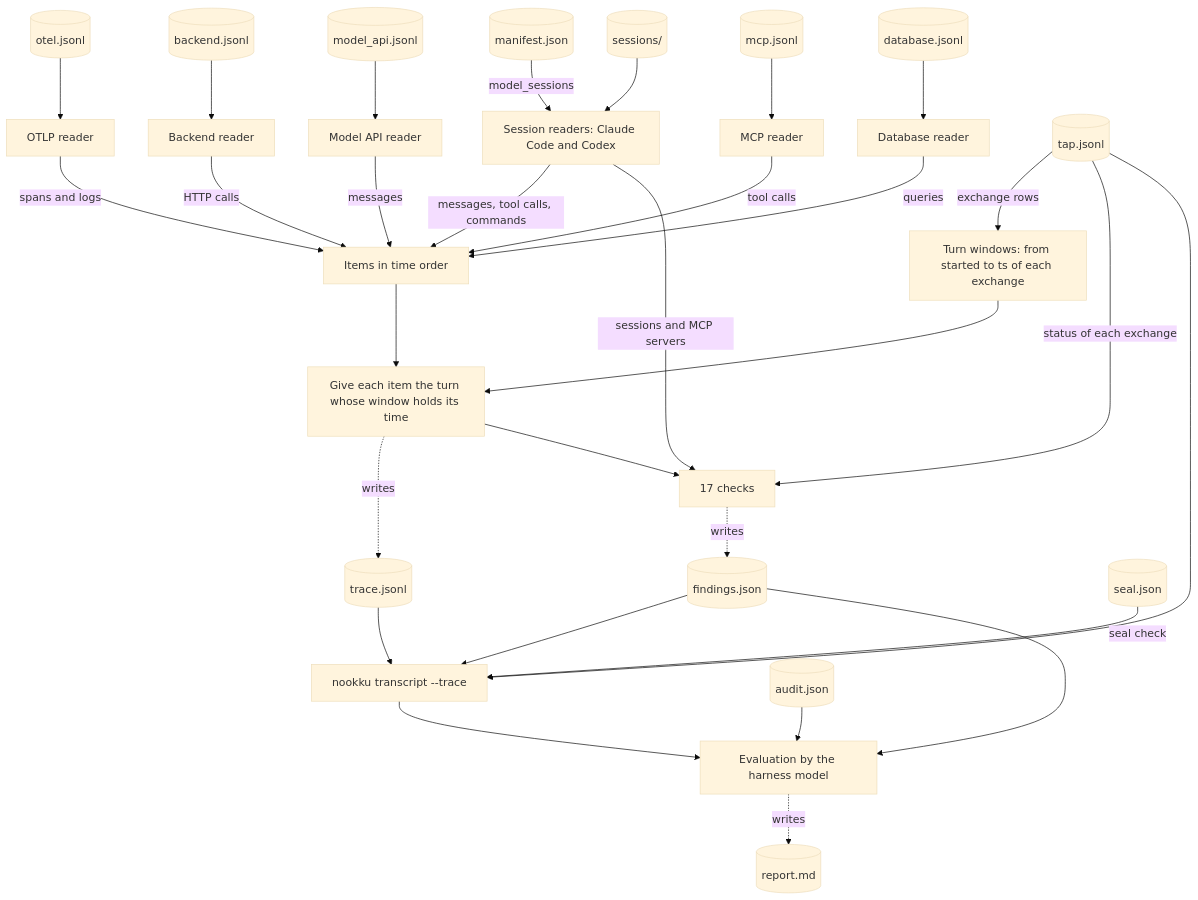
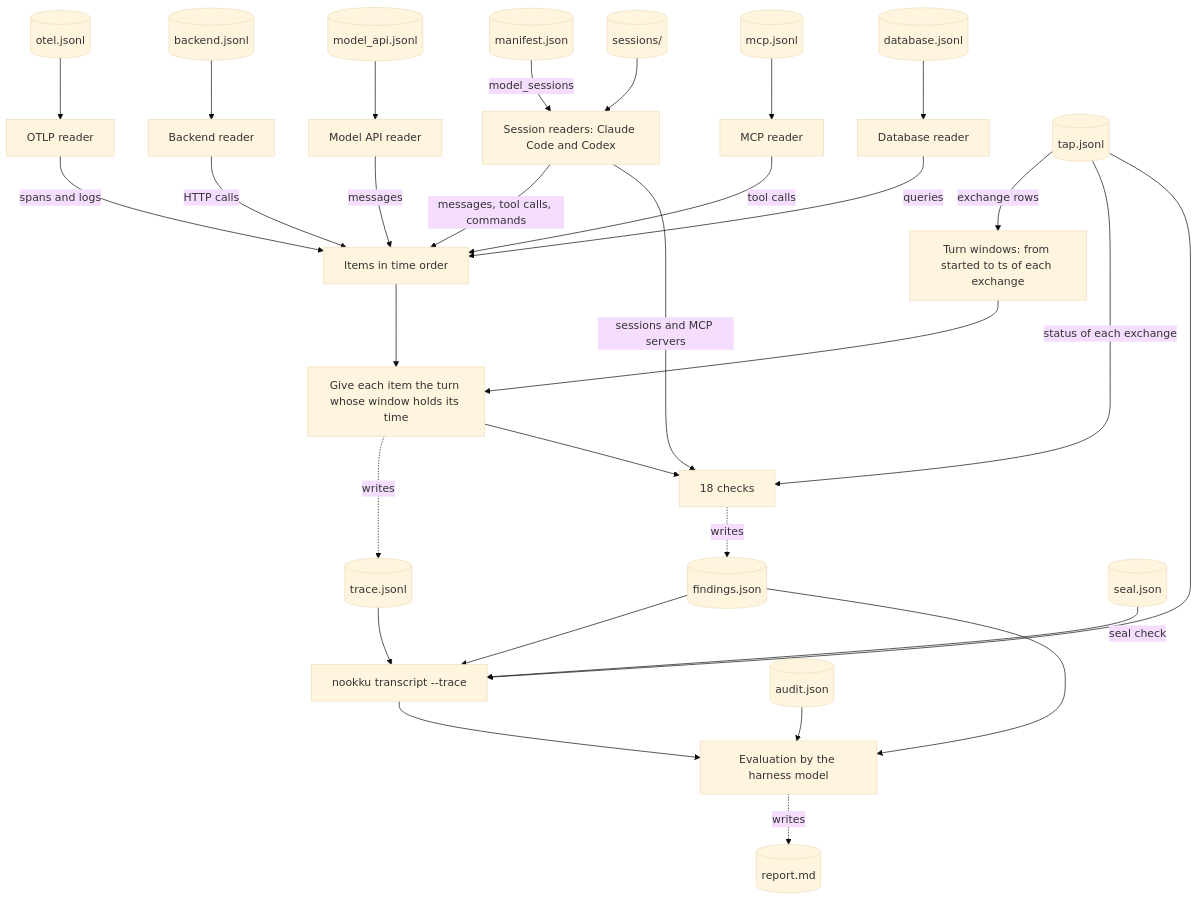
One commit to mohanraj00/nookku changed the fourth of 4 diagrams in docs/architecture.md. Above: the diagram before and after it, drawn with Mermaid (base theme). The commit also changed other lines of this file and 53 other files, not shown here.

````diff
--- a/docs/architecture.md
+++ b/docs/architecture.md
@@ -213,32 +213,32 @@
 ```mermaid
 flowchart TB
     manifestrec[(manifest.json)] -->|model_sessions| sreaders[Session readers: Claude Code and Codex]
     sessions[(sessions/)] --> sreaders
     otelrec[(otel.jsonl)] --> oreader[OTLP reader]
     backendrec[(backend.jsonl)] --> breader[Backend reader]
     modelrec[(model_api.jsonl)] --> mreader[Model API reader]
     mcprec[(mcp.jsonl)] --> mcpreader[MCP reader]
     dbrec[(database.jsonl)] --> dbreader[Database reader]
     sreaders -->|messages, tool calls, commands| items[Items in time order]
     oreader -->|spans and logs| items
     breader -->|HTTP calls| items
     mreader -->|messages| items
     mcpreader -->|tool calls| items
     dbreader -->|queries| items
     taprec[(tap.jsonl)] -->|exchange rows| windows[Turn windows: from started to ts of each exchange]
     items --> assign[Give each item the turn whose window holds its time]
     windows --> assign
     assign -.->|writes| tracerec[(trace.jsonl)]
-    assign --> checks[17 checks]
+    assign --> checks[18 checks]
     sreaders -->|sessions and MCP servers| checks
     taprec -->|status of each exchange| checks
     checks -.->|writes| findingsrec[(findings.json)]
     taprec --> transcript[nookku transcript --trace]
     tracerec --> transcript
     findingsrec --> transcript
     sealrec[(seal.json)] -->|seal check| transcript
     transcript --> eval[Evaluation by the harness model]
     findingsrec --> eval
     auditrec[(audit.json)] --> eval
     eval -.->|writes| report[(report.md)]
 ```
````
